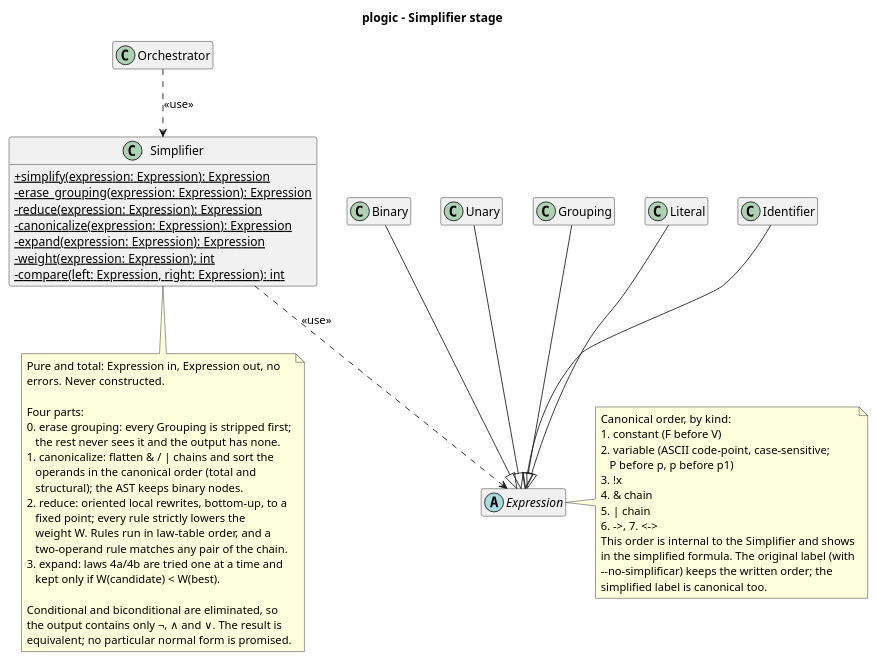
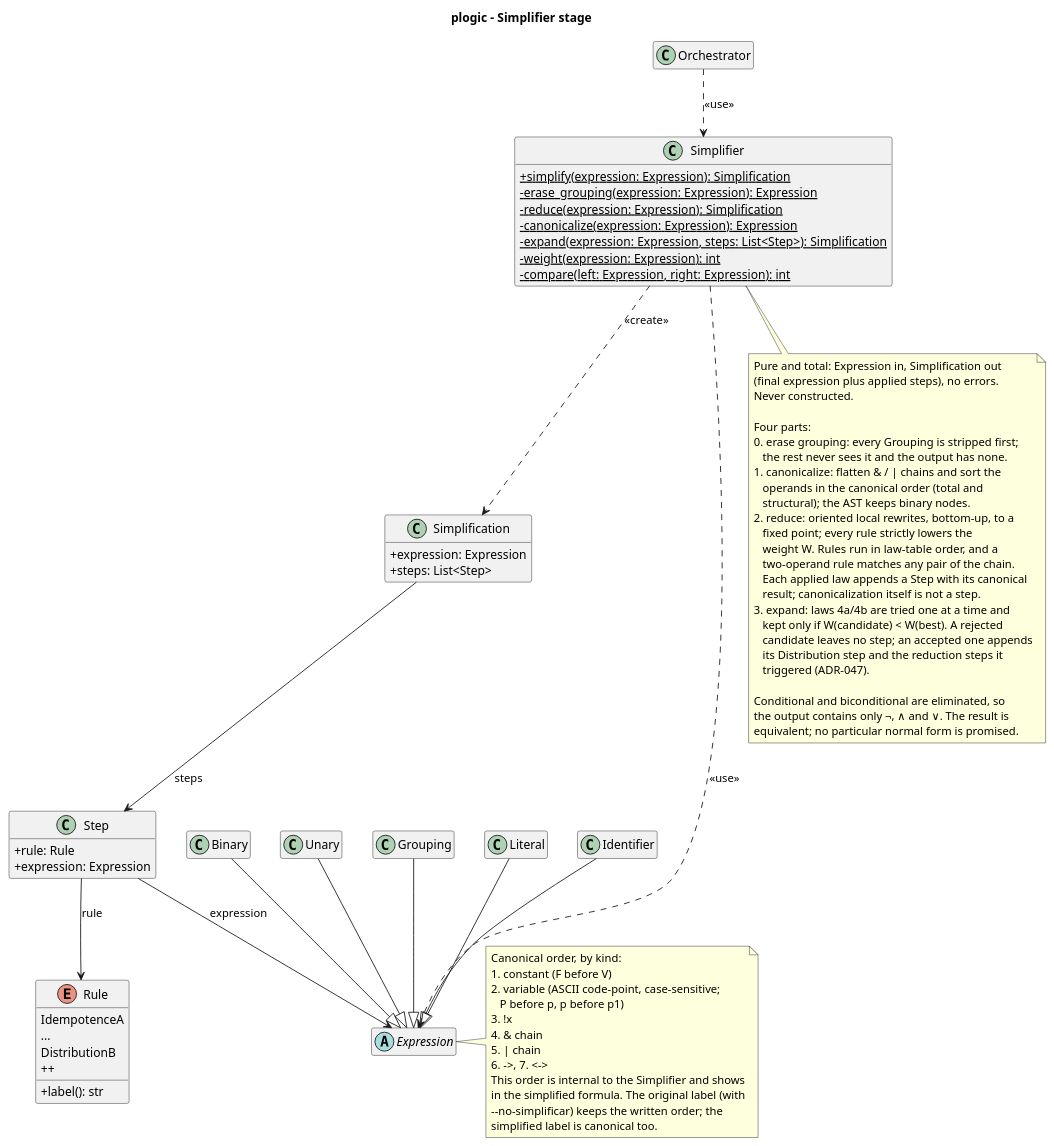
The diagram in design/diagrams/simplifier_class.puml (Josgtg/plogic), drawn with PlantUML before and after one commit. The commit also changed 9 other files, not shown here.

Commit message:
design: document the simplification process list

```diff
--- a/design/diagrams/simplifier_class.puml
+++ b/design/diagrams/simplifier_class.puml
@@ -1,77 +1,105 @@
 @startuml simplifier_class
 title plogic - Simplifier stage
 
 skinparam classAttributeIconSize 0
 hide empty members
 
 class Orchestrator
 
 class Simplifier {
-  +{static} simplify(expression: Expression): Expression
+  +{static} simplify(expression: Expression): Simplification
   -{static} erase_grouping(expression: Expression): Expression
-  -{static} reduce(expression: Expression): Expression
+  -{static} reduce(expression: Expression): Simplification
   -{static} canonicalize(expression: Expression): Expression
-  -{static} expand(expression: Expression): Expression
+  -{static} expand(expression: Expression, steps: List<Step>): Simplification
   -{static} weight(expression: Expression): int
   -{static} compare(left: Expression, right: Expression): int
+}
+
+class Simplification {
+  +expression: Expression
+  +steps: List<Step>
+}
+
+class Step {
+  +rule: Rule
+  +expression: Expression
+}
+
+enum Rule {
+  IdempotenceA
+  ...
+  DistributionB
+  ++
+  +label(): str
 }
 
 abstract class Expression
 
 class Binary
 
 class Unary
 
 class Grouping
 
 class Literal
 
 class Identifier
 
 note bottom of Simplifier
-  Pure and total: Expression in, Expression out, no
-  errors. Never constructed.
+  Pure and total: Expression in, Simplification out
+  (final expression plus applied steps), no errors.
+  Never constructed.
 
   Four parts:
   0. erase grouping: every Grouping is stripped first;
      the rest never sees it and the output has none.
   1. canonicalize: flatten & / | chains and sort the
      operands in the canonical order (total and
      structural); the AST keeps binary nodes.
   2. reduce: oriented local rewrites, bottom-up, to a
      fixed point; every rule strictly lowers the
      weight W. Rules run in law-table order, and a
      two-operand rule matches any pair of the chain.
+     Each applied law appends a Step with its canonical
+     result; canonicalization itself is not a step.
   3. expand: laws 4a/4b are tried one at a time and
-     kept only if W(candidate) < W(best).
+     kept only if W(candidate) < W(best). A rejected
+     candidate leaves no step; an accepted one appends
+     its Distribution step and the reduction steps it
+     triggered (ADR-047).
 
   Conditional and biconditional are eliminated, so
   the output contains only ¬, ∧ and ∨. The result is
   equivalent; no particular normal form is promised.
 end note
 
 note right of Expression
   Canonical order, by kind:
   1. constant (F before V)
   2. variable (ASCII code-point, case-sensitive;
      P before p, p before p1)
   3. !x
   4. & chain
   5. | chain
   6. ->, 7. <->
   This order is internal to the Simplifier and shows
   in the simplified formula. The original label (with
   --no-simplificar) keeps the written order; the
   simplified label is canonical too.
 end note
 
 Orchestrator ..> Simplifier : <<use>>
 Simplifier ..> Expression : <<use>>
+Simplifier ..> Simplification : <<create>>
+Simplification --> Step : steps
+Step --> Rule : rule
+Step --> Expression : expression
 
 Binary --|> Expression
 Unary --|> Expression
 Grouping --|> Expression
 Literal --|> Expression
 Identifier --|> Expression
 
 @enduml
```
